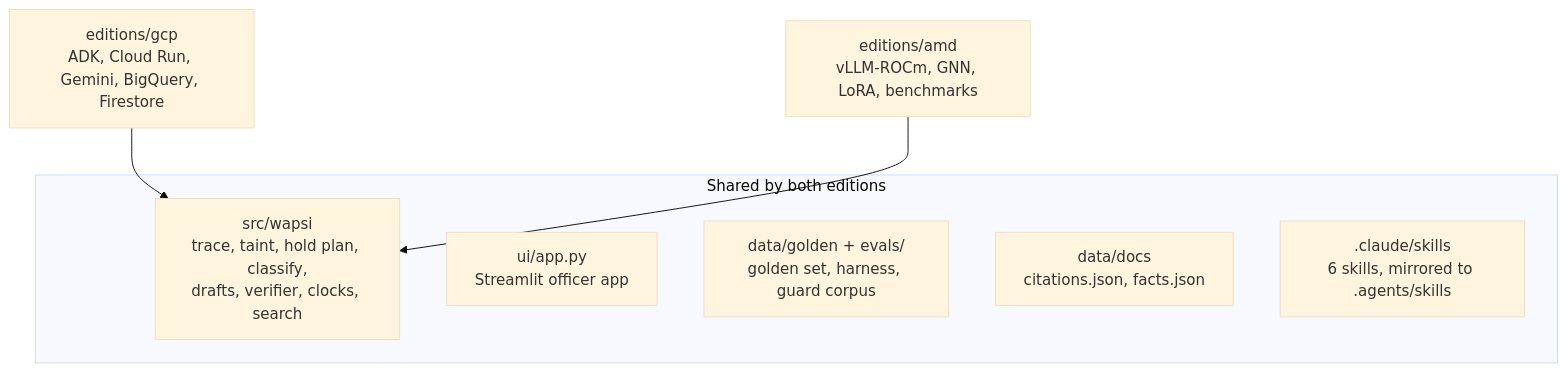
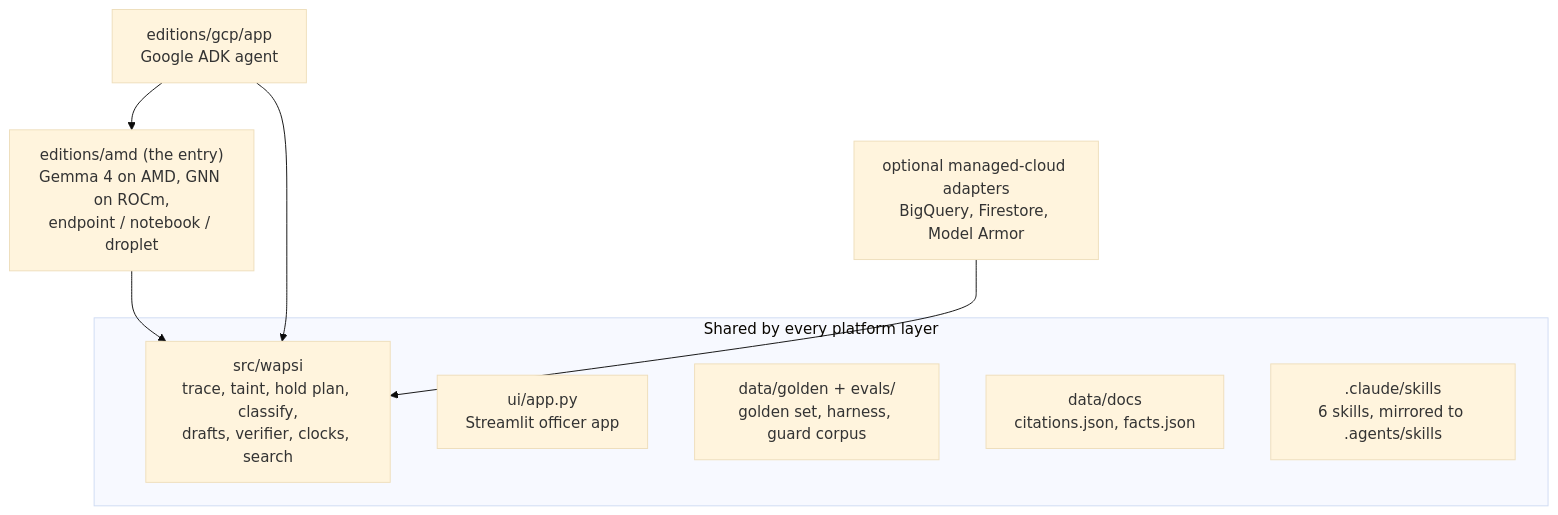
Before and after one commit to GODOSTROYER/wapsi: the diagram in docs/editions.md, drawn with Mermaid (base theme). The commit also changed other lines of this file and 33 other files, not shown here.

````diff
--- a/docs/editions.md
+++ b/docs/editions.md
@@ -32,12 +179,14 @@
 ```mermaid
 flowchart TB
-    subgraph SHARED["Shared by both editions"]
+    subgraph SHARED["Shared by every platform layer"]
         CORE["src/wapsi<br/>trace, taint, hold plan, classify,<br/>drafts, verifier, clocks, search"]
         UI["ui/app.py<br/>Streamlit officer app"]
         GOLD["data/golden + evals/<br/>golden set, harness, guard corpus"]
         DOCS["data/docs<br/>citations.json, facts.json"]
         SK[".claude/skills<br/>6 skills, mirrored to .agents/skills"]
     end
-    GC["editions/gcp<br/>ADK, Cloud Run, Gemini, BigQuery, Firestore"] --> CORE
-    AM["editions/amd<br/>vLLM-ROCm, GNN, LoRA, benchmarks"] --> CORE
+    AM["editions/amd (the entry)<br/>Gemma 4 on AMD, GNN on ROCm,<br/>endpoint / notebook / droplet"] --> CORE
+    AG["editions/gcp/app<br/>Google ADK agent"] --> CORE
+    AG --> AM
+    GC["optional managed-cloud adapters<br/>BigQuery, Firestore, Model Armor"] --> CORE
 ```
````
